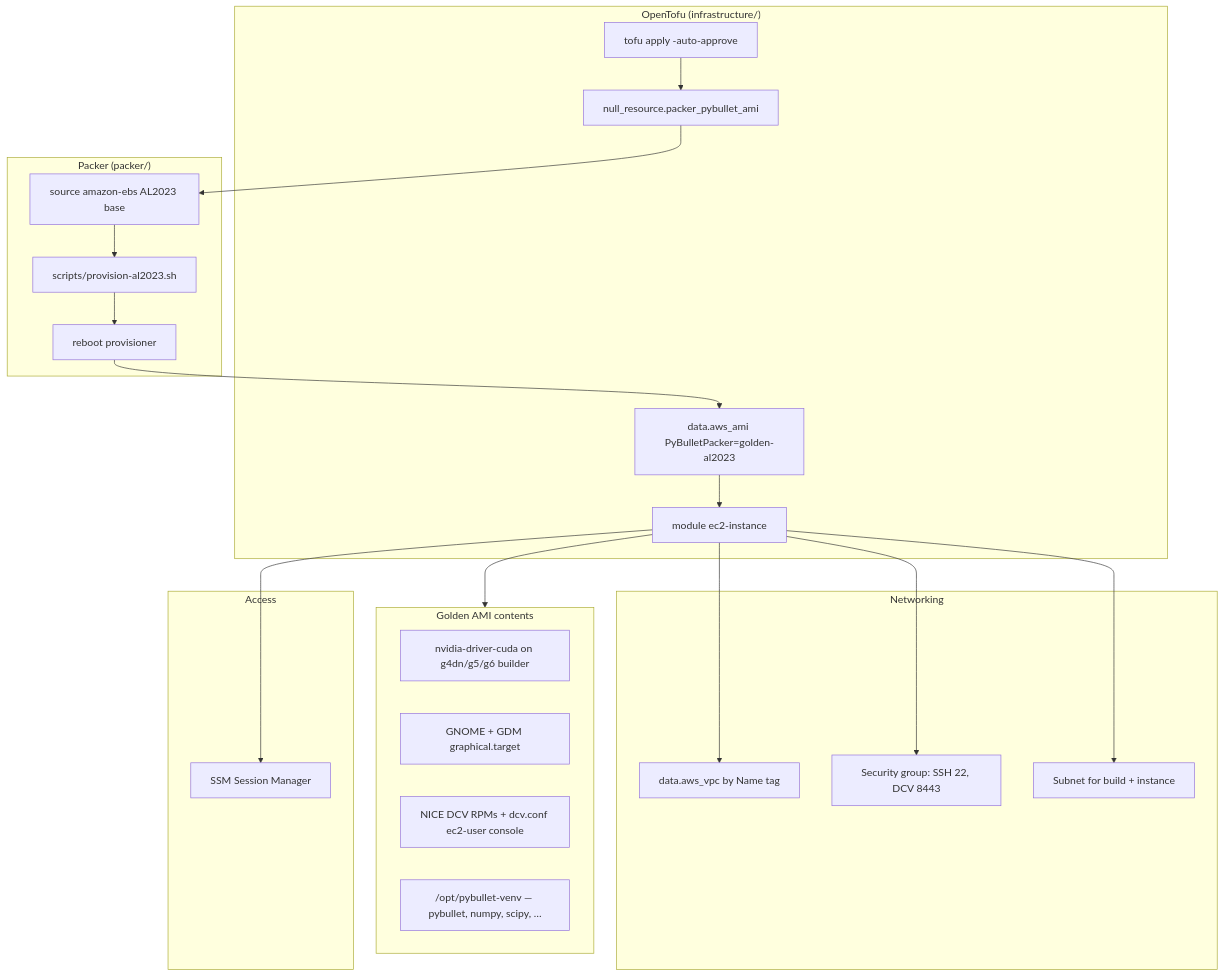
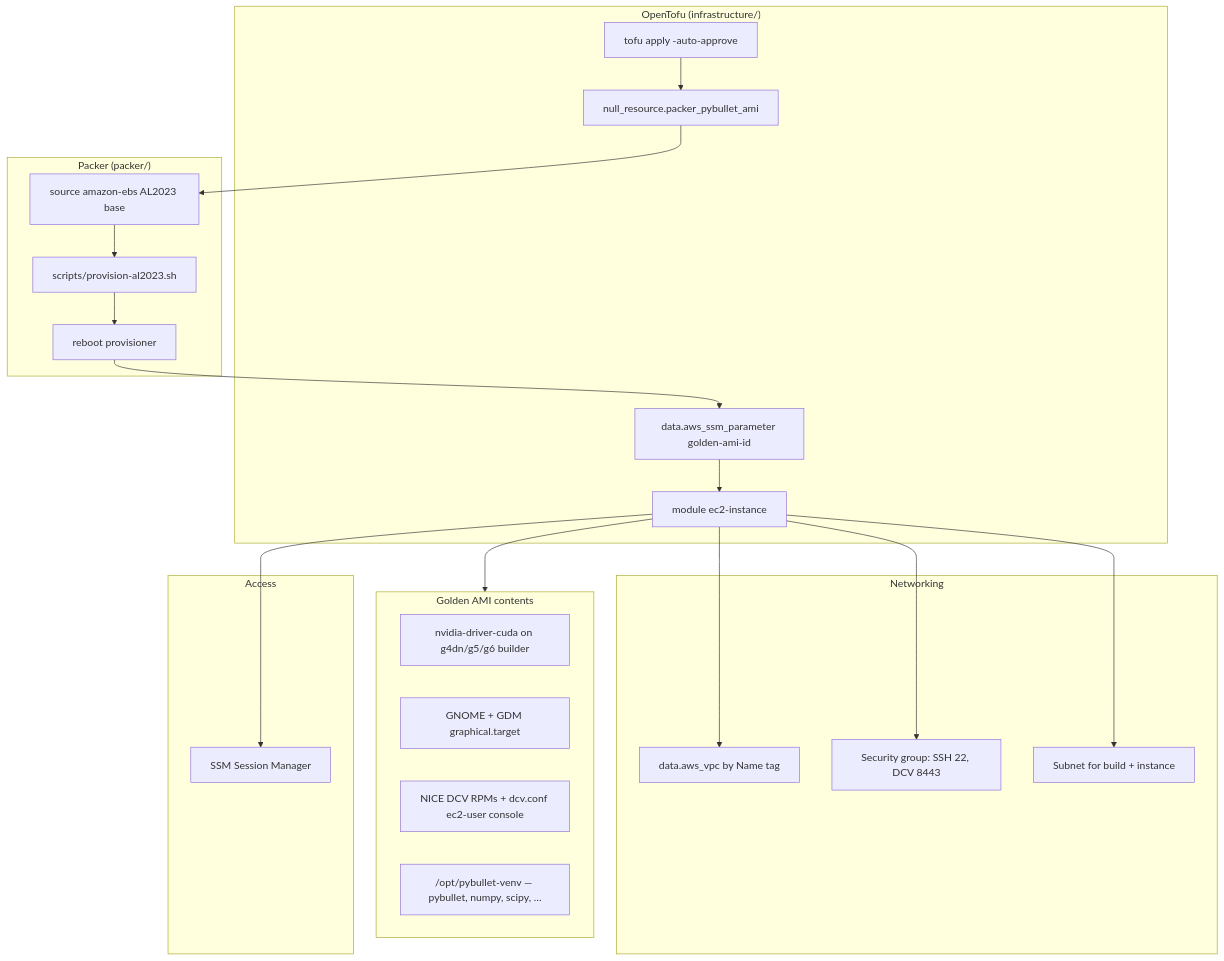
The fourth of 4 diagrams in README.md (rubencg195/aws-pybullet-environment), drawn with Mermaid before and after one commit. The commit also changed other lines of this file and 8 other files, not shown here.

First line of the commit message:
Pin DCV tarball with SHA256; publish golden AMI id to SSM

````diff
--- a/README.md
+++ b/README.md
@@ -79,39 +79,39 @@
 ```mermaid
 flowchart TB
   subgraph iac["OpenTofu (infrastructure/)"]
     OT["tofu apply -auto-approve"]
     NR["null_resource.packer_pybullet_ami"]
-    DATA["data.aws_ami PyBulletPacker=golden-al2023"]
+    DATA["data.aws_ssm_parameter golden-ami-id"]
     MOD["module ec2-instance"]
   end
   subgraph packer["Packer (packer/)"]
     SRC["source amazon-ebs AL2023 base"]
     SH["scripts/provision-al2023.sh"]
     RB["reboot provisioner"]
   end
   subgraph net["Networking"]
     VPC["data.aws_vpc by Name tag"]
     SG["Security group: SSH 22, DCV 8443"]
     SN["Subnet for build + instance"]
   end
   subgraph golden["Golden AMI contents"]
     NV["nvidia-driver-cuda on g4dn/g5/g6 builder"]
     GN["GNOME + GDM graphical.target"]
     DCV["NICE DCV RPMs + dcv.conf ec2-user console"]
     PYB["/opt/pybullet-venv — pybullet, numpy, scipy, …"]
   end
   subgraph access["Access"]
     SSM["SSM Session Manager"]
   end
   OT --> NR
   NR --> SRC
   SRC --> SH
   SH --> RB
   RB --> DATA
   DATA --> MOD
   MOD --> VPC
   MOD --> SG
   MOD --> SN
   MOD --> golden
   MOD --> SSM
 ```
````
